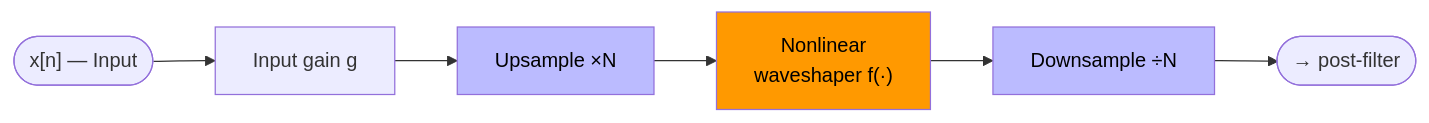
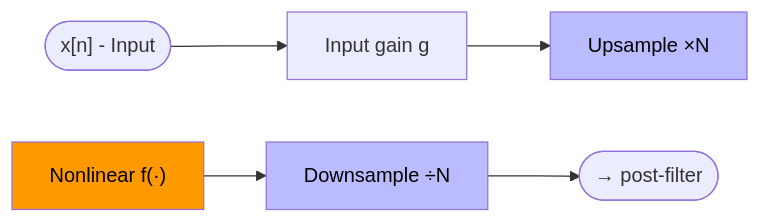
Before and after one commit to slivshits/DSP-PROJ: the first of 2 diagrams in report.md, drawn with Mermaid. The commit also changed other lines of this file and 8 other files, not shown here.

````diff
--- a/report.md
+++ b/report.md
@@ -60,12 +38,12 @@
 ```mermaid
 flowchart LR
-    A(["x[n] — Input"]) --> B["Input gain g"]
+    A(["x[n] - Input"]) --> B["Input gain g"]
     B --> C["Upsample ×N"]
-    C --> D["Nonlinear\nwaveshaper f(·)"]
-    D --> E["Downsample ÷N"]
+    
+    D["Nonlinear f(·)"] --> E["Downsample ÷N"]
     E --> Z(["→ post-filter"])
 
     style D fill:#f90,color:#000
     style C fill:#bbf,color:#000
     style E fill:#bbf,color:#000
 ```
````
